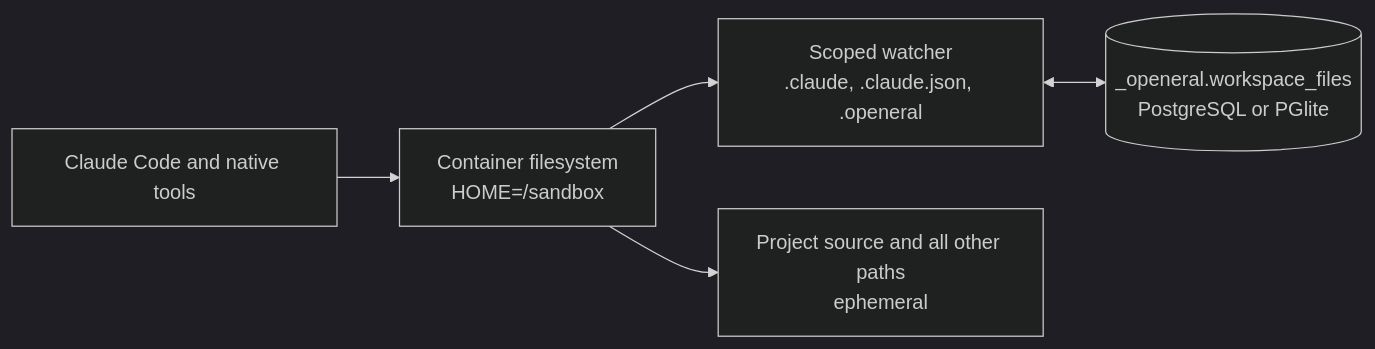
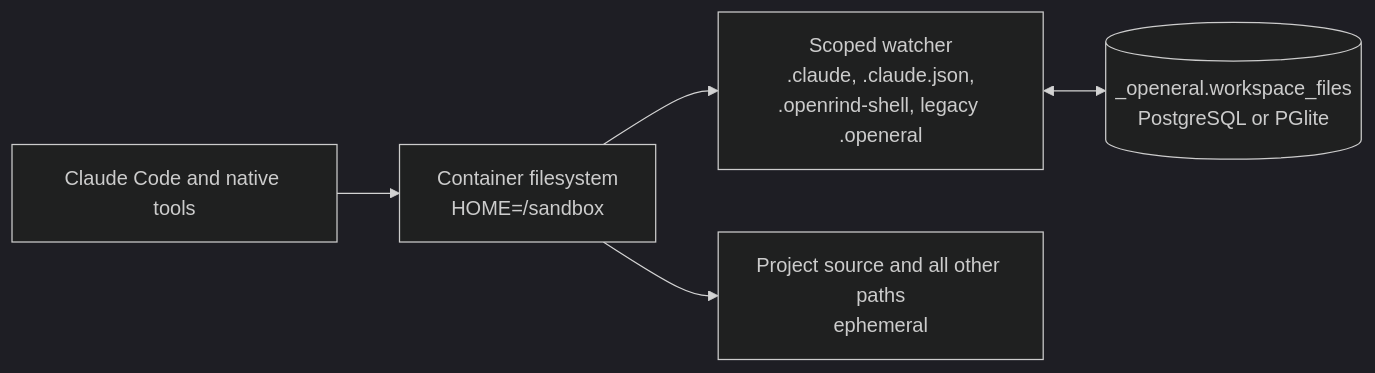
The third of 3 diagrams in README.md (Pavitra-programmers/openeral), drawn with Mermaid (dark theme) before and after one commit. The commit also changed other lines of this file and 73 other files, not shown here.

````diff
--- a/README.md
+++ b/README.md
@@ -244,7 +265,7 @@
 ```mermaid
 flowchart LR
   claude["Claude Code and native tools"] --> disk["Container filesystem<br/>HOME=/sandbox"]
-  disk --> scoped["Scoped watcher<br/>.claude, .claude.json, .openeral"]
+  disk --> scoped["Scoped watcher<br/>.claude, .claude.json,<br/>.openrind-shell, legacy .openeral"]
   scoped <--> rows[("_openeral.workspace_files<br/>PostgreSQL or PGlite")]
   disk --> ephemeral["Project source and all other paths<br/>ephemeral"]
 ```
````
